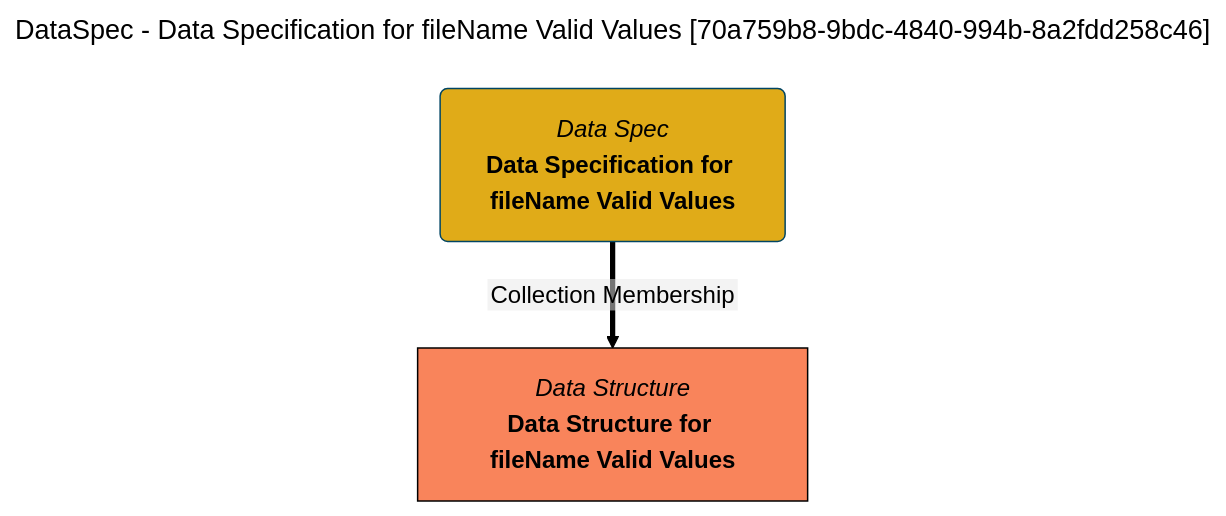
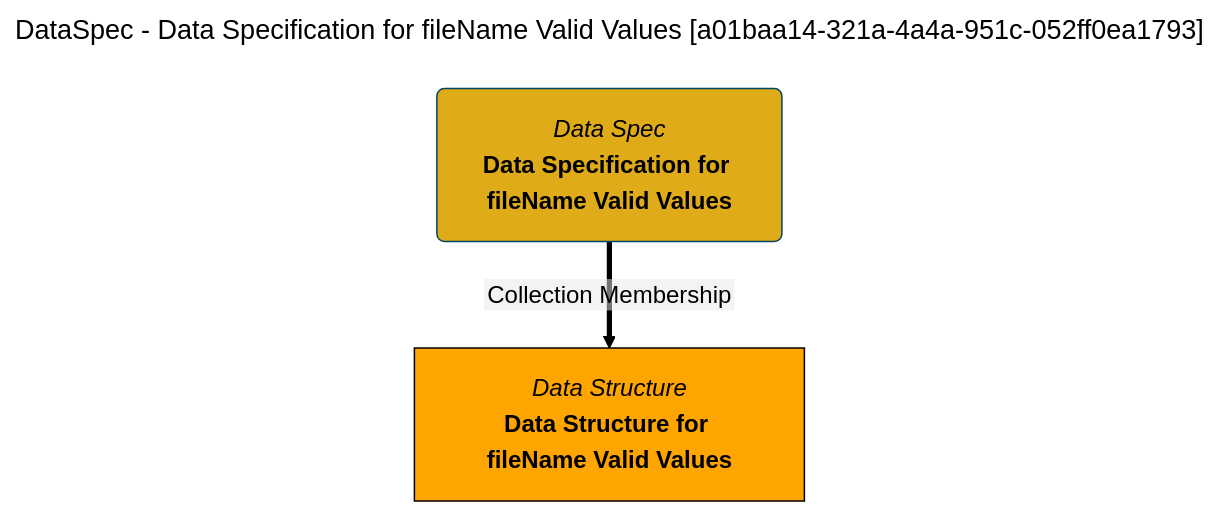
One commit to odpi/egeria-docs changed the diagram in site/snippets/collections/data-specs/data-specification-for-filename-valid-values-mermaid-graph.md. Above: the diagram before and after it, drawn with Mermaid (forest theme). The commit also changed 2201 other files, not shown here.

````diff
--- a/site/snippets/collections/data-specs/data-specification-for-filename-valid-values-mermaid-graph.md
+++ b/site/snippets/collections/data-specs/data-specification-for-filename-valid-values-mermaid-graph.md
@@ -1,15 +1,15 @@
 ```mermaid
 ---
-title: DataSpec - Data Specification for fileName Valid Values [70a759b8-9bdc-4840-994b-8a2fdd258c46]
+title: DataSpec - Data Specification for fileName Valid Values [a01baa14-321a-4a4a-951c-052ff0ea1793]
 ---
 flowchart TD
 %%{init: {"flowchart": {"htmlLabels": false}} }%%
 
 1@{ shape: rounded, label: "*Data Spec*
 **Data Specification for fileName Valid Values**"}
 2@{ shape: rect, label: "*Data Structure*
 **Data Structure for fileName Valid Values**"}
 1==>|"Collection Membership"|2
 style 1 color:#000000, fill:#e0ab18, stroke:#004563
-style 2 color:#000000, fill:#f9845b, stroke:#000000
+style 2 color:#000000, fill:#FFA500, stroke:#000000
 ```
````
